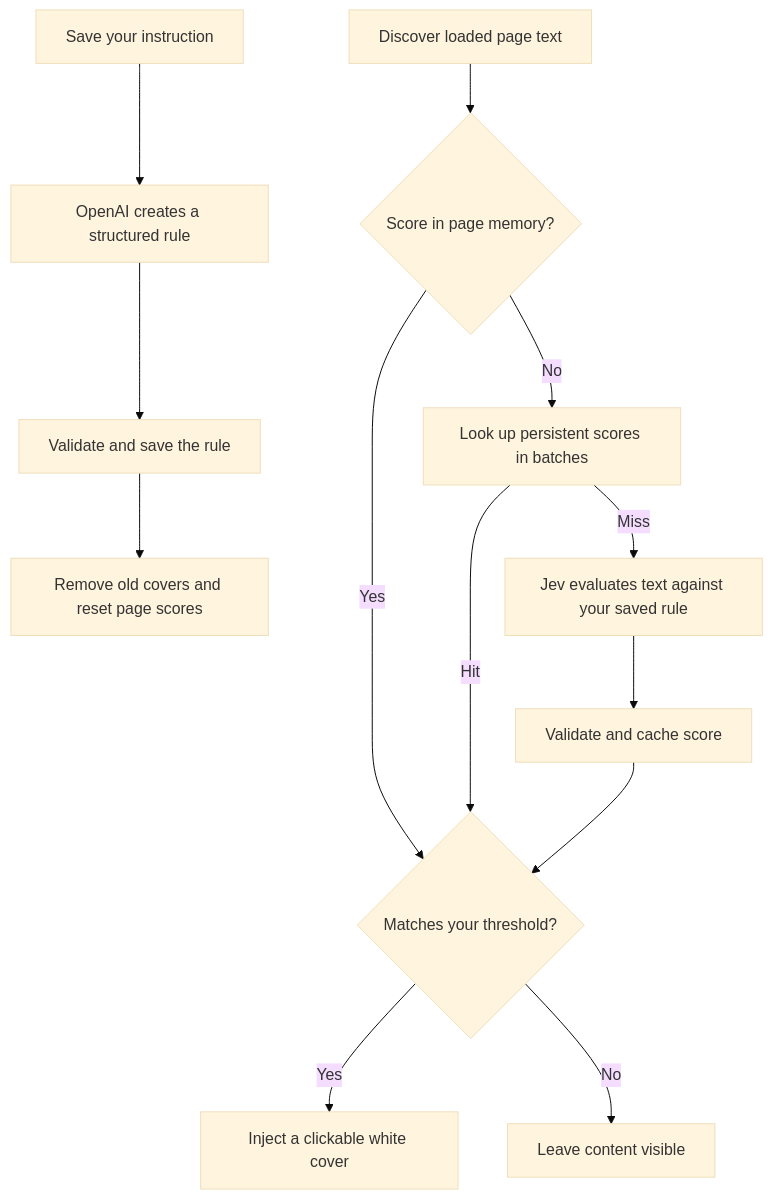
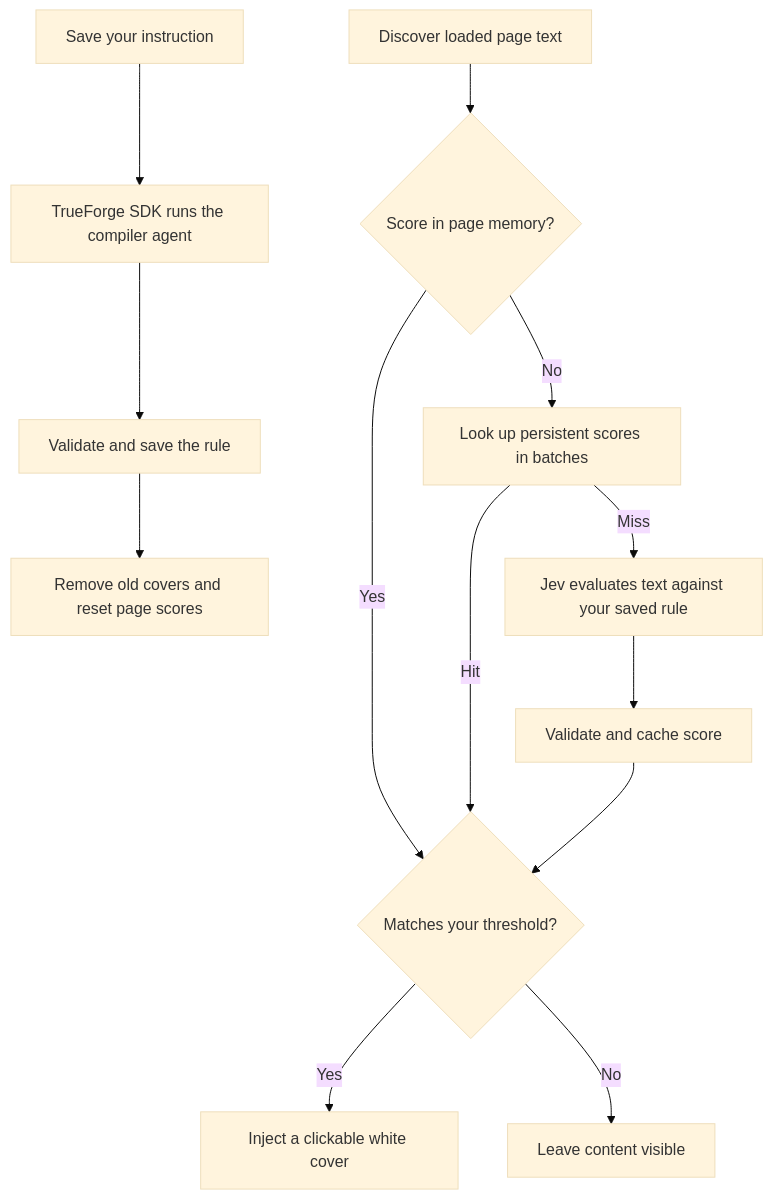
One commit to rishiv7/content-blocker changed the diagram in README.md. Above: the diagram before and after it, drawn with Mermaid (base theme). The commit also changed other lines of this file and 22 other files, not shown here.

Commit message:
Use TrueForge SDK for rules and cover flagged tweet images

````diff
--- a/README.md
+++ b/README.md
@@ -36,15 +36,15 @@
 ```mermaid
 flowchart TD
-    Input[Save your instruction] --> OpenAI[OpenAI creates a structured rule]
-    OpenAI --> Saved[Validate and save the rule]
+    Input[Save your instruction] --> TrueForge[TrueForge SDK runs the compiler agent]
+    TrueForge --> Saved[Validate and save the rule]
     Saved --> Reset[Remove old covers and reset page scores]
     Page[Discover loaded page text] --> Memory{Score in page memory?}
     Memory -->|Yes| Threshold{Matches your threshold?}
     Memory -->|No| Cache[Look up persistent scores in batches]
     Cache -->|Hit| Threshold
     Cache -->|Miss| Jev[Jev evaluates text against your saved rule]
     Jev --> Persist[Validate and cache score]
     Persist --> Threshold
     Threshold -->|Yes| Cover[Inject a clickable white cover]
     Threshold -->|No| Visible[Leave content visible]
 ```
````
